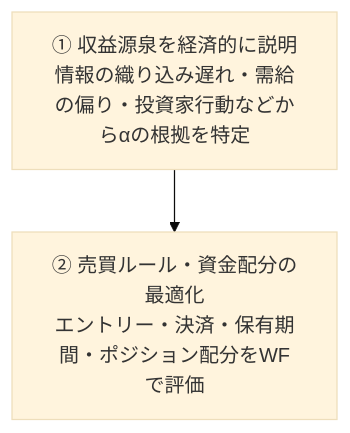
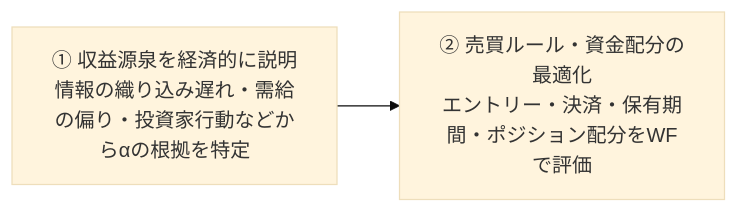
The diagram in README.md (ki6051ns/PEAD01), drawn with Mermaid (base theme) before and after one commit.

Commit message:
docs: make two-stage research diagram horizontal

````diff
--- a/README.md
+++ b/README.md
@@ -9,6 +9,6 @@
 ```mermaid
-flowchart TD
+flowchart LR
     A["① 収益源泉を経済的に説明<br/>情報の織り込み遅れ・需給の偏り・投資家行動などからαの根拠を特定"]
     B["② 売買ルール・資金配分の最適化<br/>エントリー・決済・保有期間・ポジション配分をWFで評価"]
     A --> B
 ```
````
